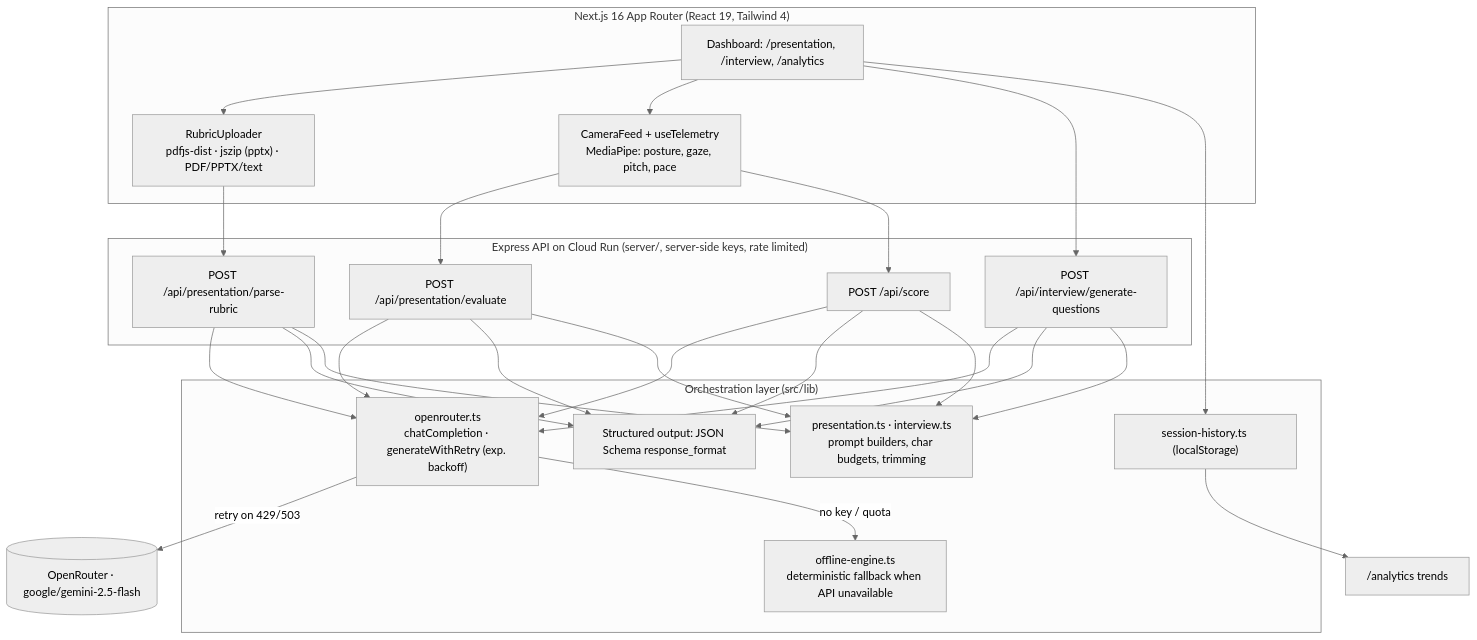
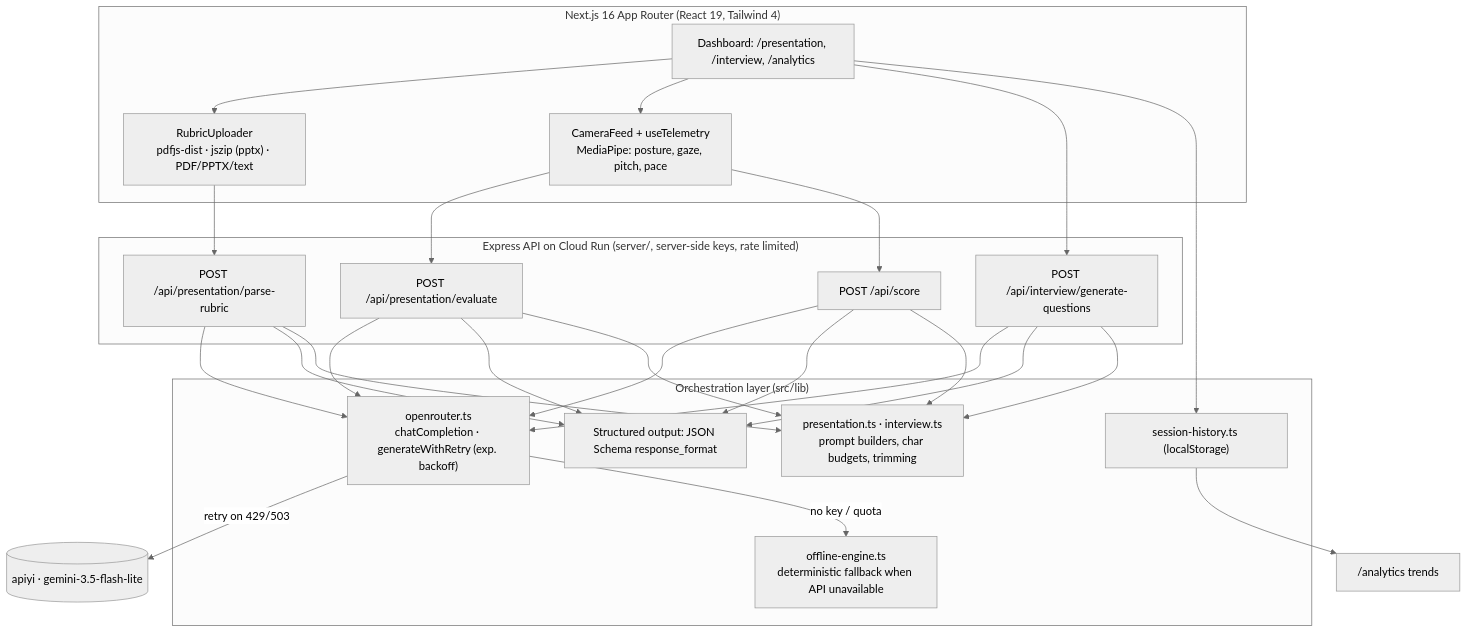
One commit to smubia-projects/ail-ay2627-s1-dhee-pitch-perfect changed the diagram in README.md. Above: the diagram before and after it, drawn with Mermaid (neutral theme). The commit also changed other lines of this file and 2 other files, not shown here.

Commit message:
fix(ai): move to apiyi, with its model IDs by default and PDFs sent as data URLs its Gemini models read

````diff
--- a/README.md
+++ b/README.md
@@ -25,34 +25,34 @@
 ```mermaid
 flowchart TD
     subgraph Client["Next.js 16 App Router (React 19, Tailwind 4)"]
         UI["Dashboard: /presentation, /interview, /analytics"]
         Cam["CameraFeed + useTelemetry<br/>MediaPipe: posture, gaze, pitch, pace"]
         Up["RubricUploader<br/>pdfjs-dist · jszip (pptx) · PDF/PPTX/text"]
     end
 
     subgraph API["Express API on Cloud Run (server/, server-side keys, rate limited)"]
         R1["POST /api/presentation/parse-rubric"]
         R2["POST /api/presentation/evaluate"]
         R3["POST /api/interview/generate-questions"]
         R4["POST /api/score"]
     end
 
     subgraph Core["Orchestration layer (src/lib)"]
         G["openrouter.ts<br/>chatCompletion · generateWithRetry (exp. backoff)"]
         S["Structured output: JSON Schema response_format"]
         P["presentation.ts · interview.ts<br/>prompt builders, char budgets, trimming"]
         OFF["offline-engine.ts<br/>deterministic fallback when API unavailable"]
         H["session-history.ts (localStorage)"]
     end
 
     UI --> Up --> R1
     UI --> Cam --> R2
     Cam --> R4
     UI --> R3
     R1 & R2 & R3 & R4 --> G
-    G -->|retry on 429/503| LLM[("OpenRouter · google/gemini-2.5-flash")]
+    G -->|retry on 429/503| LLM[("apiyi · gemini-3.5-flash-lite")]
     G -->|no key / quota| OFF
     R1 & R2 & R3 & R4 --> S
     R1 & R2 & R3 & R4 --> P
     UI --> H --> Analytics["/analytics trends"]
 ```
````
